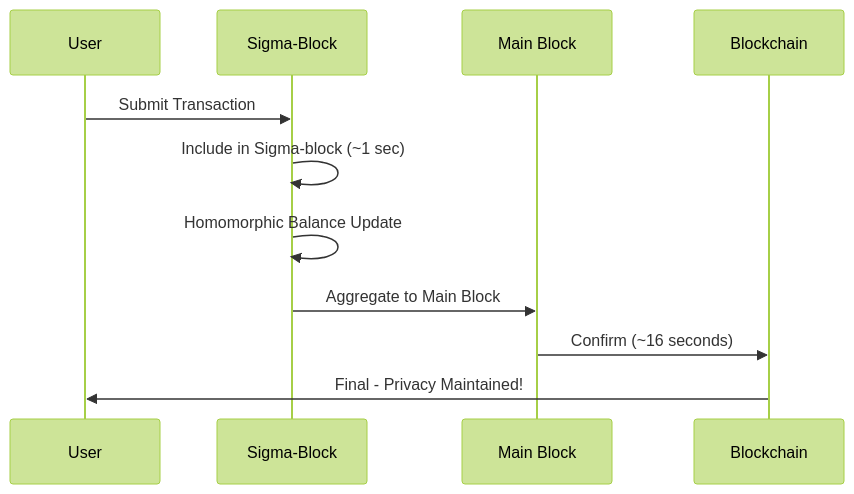
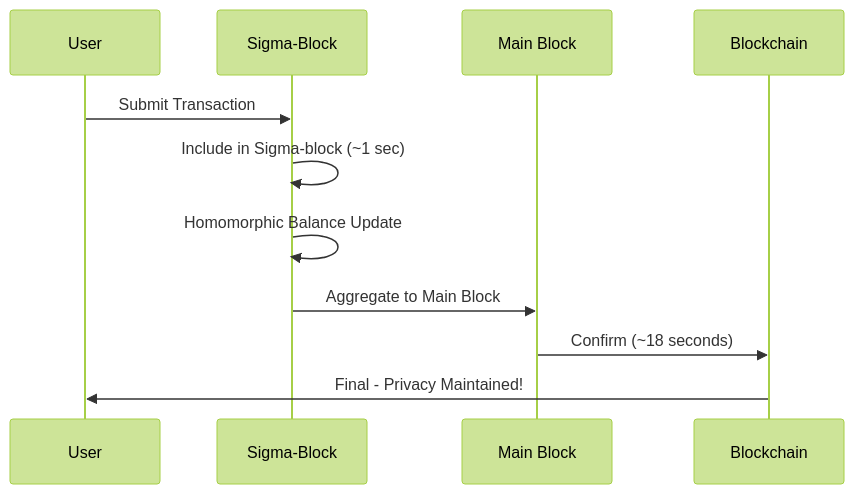
Before and after one commit to DHEBP/dero-docs: the second of 3 diagrams in derod-main/pages/privacy/account-based-privacy.mdx, drawn with Mermaid (forest theme). The commit also changed other lines of this file and 8 other files, not shown here.

````diff
--- a/derod-main/pages/privacy/account-based-privacy.mdx
+++ b/derod-main/pages/privacy/account-based-privacy.mdx
@@ -217,14 +217,14 @@
 ```mermaid
 sequenceDiagram
     participant U as User
     participant S as Sigma-Block
     participant M as Main Block
     participant BC as Blockchain
     
     U->>S: Submit Transaction
     S->>S: Include in Sigma-block (~1 sec)
     S->>S: Homomorphic Balance Update
     S->>M: Aggregate to Main Block
-    M->>BC: Confirm (~16 seconds)
+    M->>BC: Confirm (~18 seconds)
     BC->>U: Final - Privacy Maintained!
 ```
````
